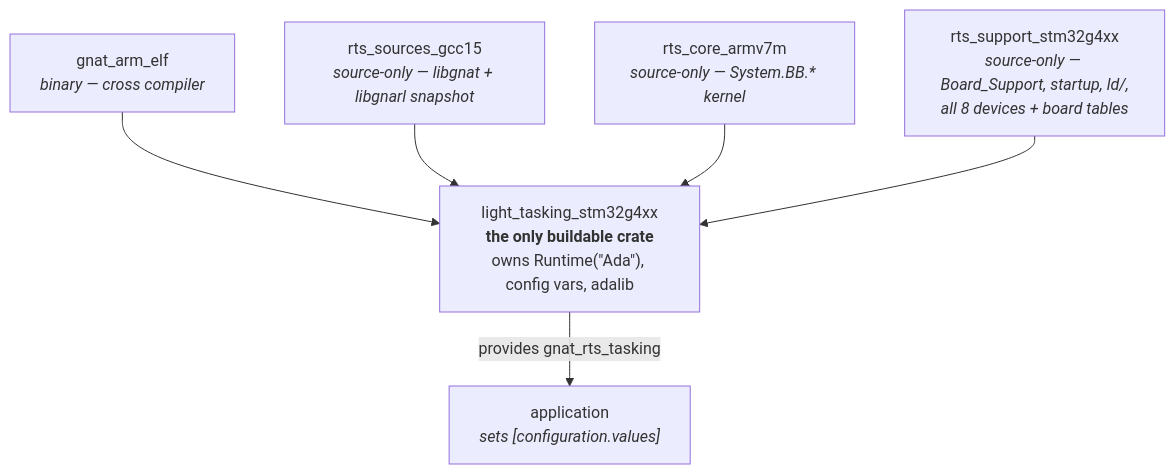
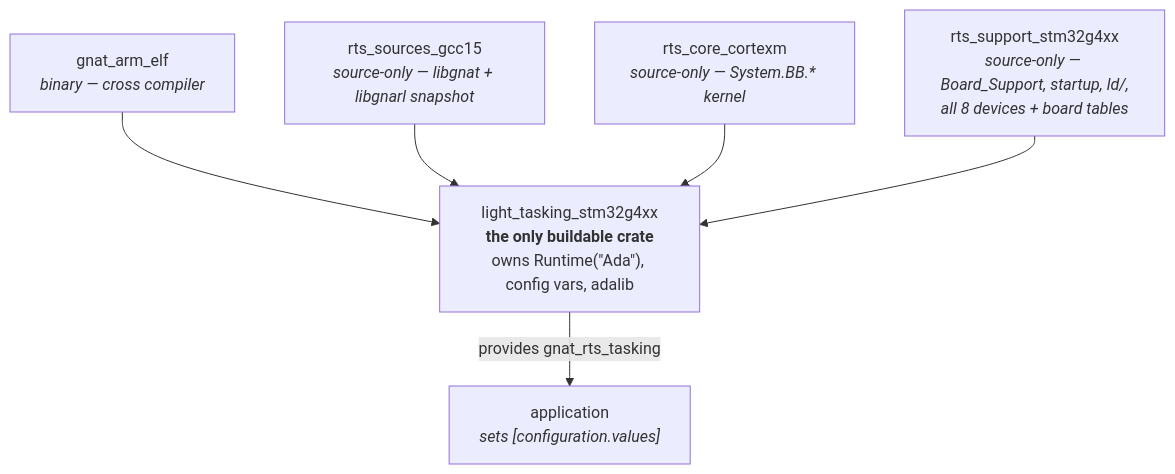
One commit to ThyMYthOS/ada-machine changed the diagram in RTS.md. Above: the diagram before and after it, drawn with Mermaid. The commit also changed other lines of this file and 8 other files, not shown here.

````diff
--- a/RTS.md
+++ b/RTS.md
@@ -672,15 +672,15 @@
 ```mermaid
 graph TD
     TC["gnat_arm_elf<br/><i>binary — cross compiler</i>"]
     SRC["rts_sources_gcc15<br/><i>source-only — libgnat + libgnarl snapshot</i>"]
-    CORE["rts_core_armv7m<br/><i>source-only — System.BB.* kernel</i>"]
+    CORE["rts_core_cortexm<br/><i>source-only — System.BB.* kernel</i>"]
     BOARD["rts_support_stm32g4xx<br/><i>source-only — Board_Support, startup, ld/,<br/>all 8 devices + board tables</i>"]
     LEAF["light_tasking_stm32g4xx<br/><b>the only buildable crate</b><br/>owns Runtime(&quot;Ada&quot;), config vars, adalib"]
     APP["application<br/><i>sets [configuration.values]</i>"]
 
     TC --> LEAF
     SRC --> LEAF
     CORE --> LEAF
     BOARD --> LEAF
     LEAF -->|"provides gnat_rts_tasking"| APP
 ```
````
